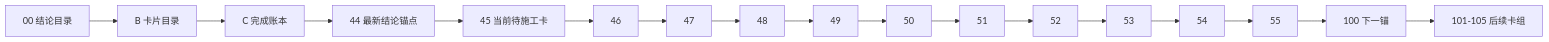
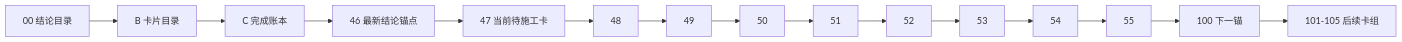
The diagram in docs/03-execution/A-execution-reading-order-20260409.md (everything-is-simple/lifespan-0.01), drawn with Mermaid before and after one commit. The commit also changed other lines of this file and 10 other files, not shown here.

````diff
--- a/docs/03-execution/A-execution-reading-order-20260409.md
+++ b/docs/03-execution/A-execution-reading-order-20260409.md
@@ -37,19 +34,17 @@
 ```mermaid
 flowchart LR
     CONC["00 结论目录"] --> BCAT["B 卡片目录"]
     BCAT --> CLED["C 完成账本"]
-    CLED --> ANC["44 最新结论锚点"]
-    ANC --> G45["45 当前待施工卡"]
-    G45 --> G46["46"]
-    G46 --> G47["47"]
+    CLED --> ANC["46 最新结论锚点"]
+    ANC --> G47["47 当前待施工卡"]
     G47 --> G48["48"]
     G48 --> G49["49"]
     G49 --> G50["50"]
     G50 --> G51["51"]
     G51 --> G52["52"]
     G52 --> G53["53"]
     G53 --> G54["54"]
     G54 --> G55["55"]
     G55 --> NEXT["100 下一锚"]
     NEXT --> POST["101-105 后续卡组"]
 ```
````
